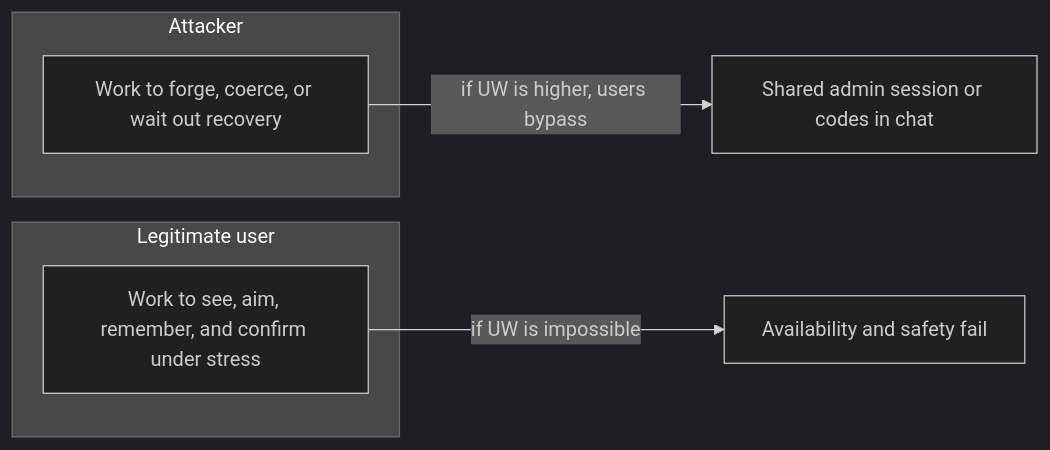
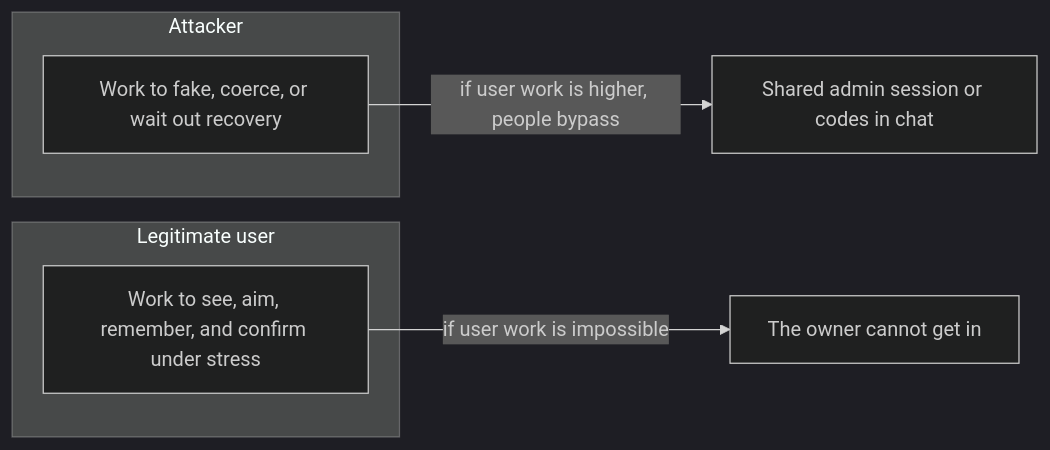
The second of 2 diagrams in content/modules/1/1.4/lessons/01-property.md (ishitvagoel/LearnSecurity), drawn with Mermaid (dark theme) before and after one commit. The commit also changed other lines of this file and 44 other files, not shown here.

````diff
--- a/content/modules/1/1.4/lessons/01-property.md
+++ b/content/modules/1/1.4/lessons/01-property.md
@@ -49,11 +48,11 @@
 ```mermaid
 flowchart LR
   subgraph Attacker
-    AW[Work to forge, coerce, or wait out recovery]
+    AW[Work to fake, coerce, or wait out recovery]
   end
   subgraph Legitimate user
     UW[Work to see, aim, remember, and confirm under stress]
   end
-  AW -->|if UW is higher, users bypass| Bypass["Shared admin session or codes in chat"]
-  UW -->|if UW is impossible| Lockout[Availability and safety fail]
+  AW -->|if user work is higher, people bypass| Bypass[Shared admin session or codes in chat]
+  UW -->|if user work is impossible| Lockout[The owner cannot get in]
 ```
````
